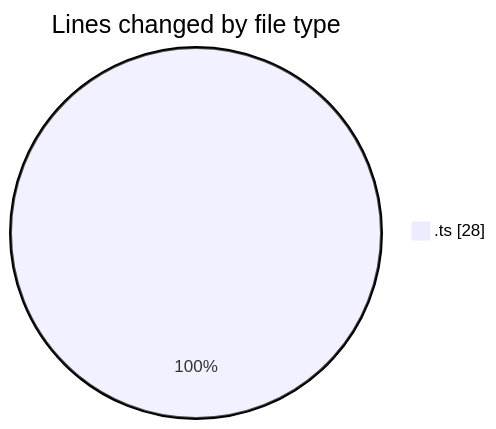
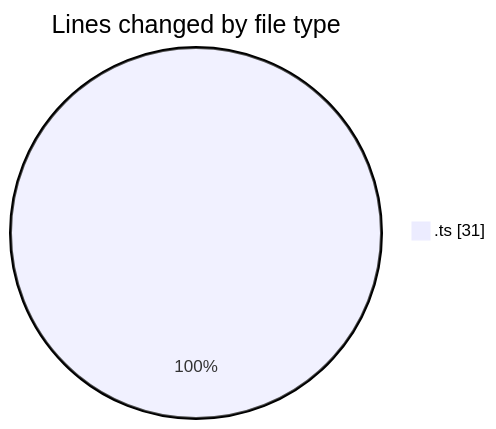
Before and after one commit to nxtqubesakshisongat/code-tracking: the first of 2 diagrams in 2026-04-24/nxtqube_webapp/README.md, drawn with Mermaid. The commit also changed other lines of this file and 1 other file, not shown here.

````diff
--- a/2026-04-24/nxtqube_webapp/README.md
+++ b/2026-04-24/nxtqube_webapp/README.md
@@ -20,5 +20,5 @@
 ```mermaid
 pie showData
 title Lines changed by file type
-".ts" : 28
+".ts" : 31
 ```
````
